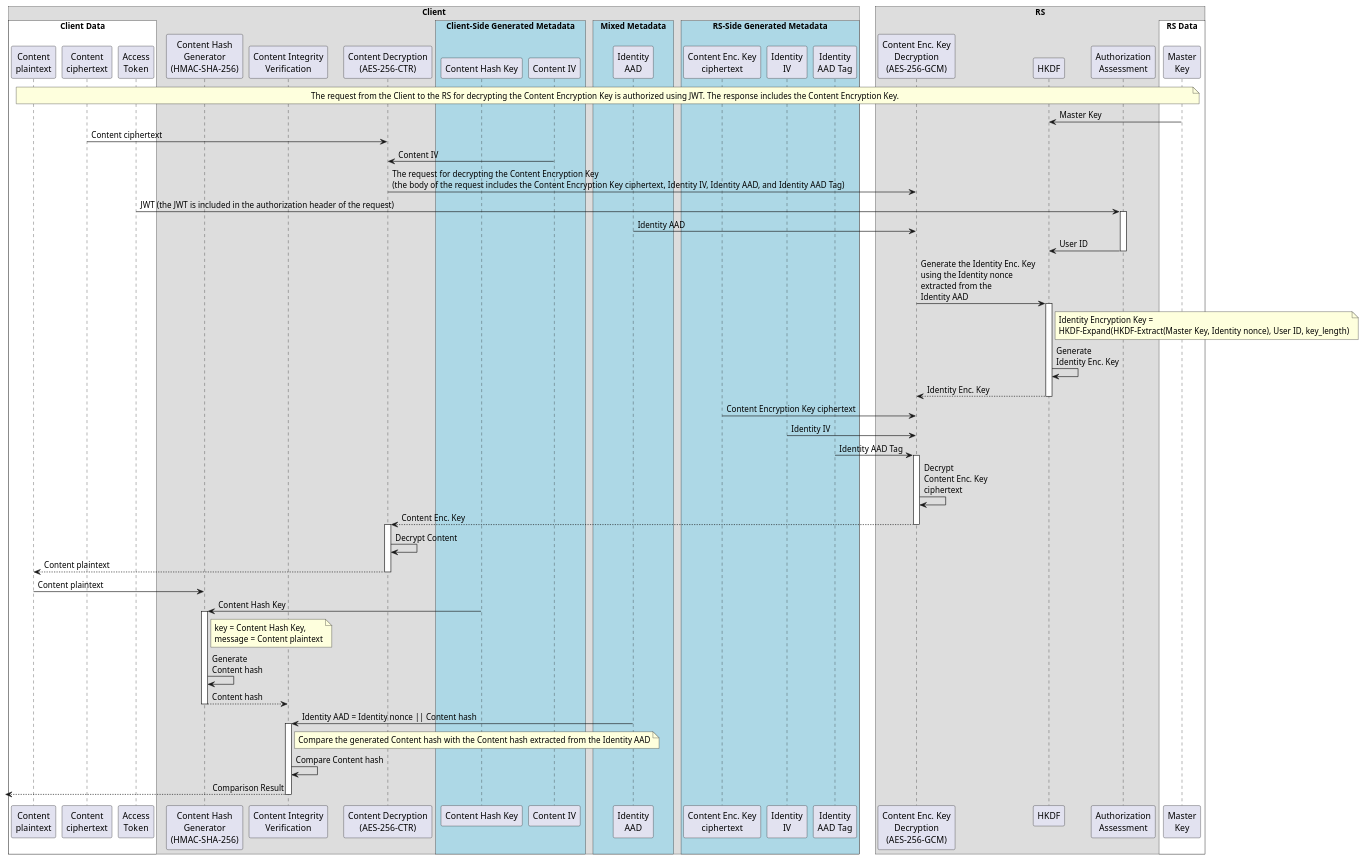
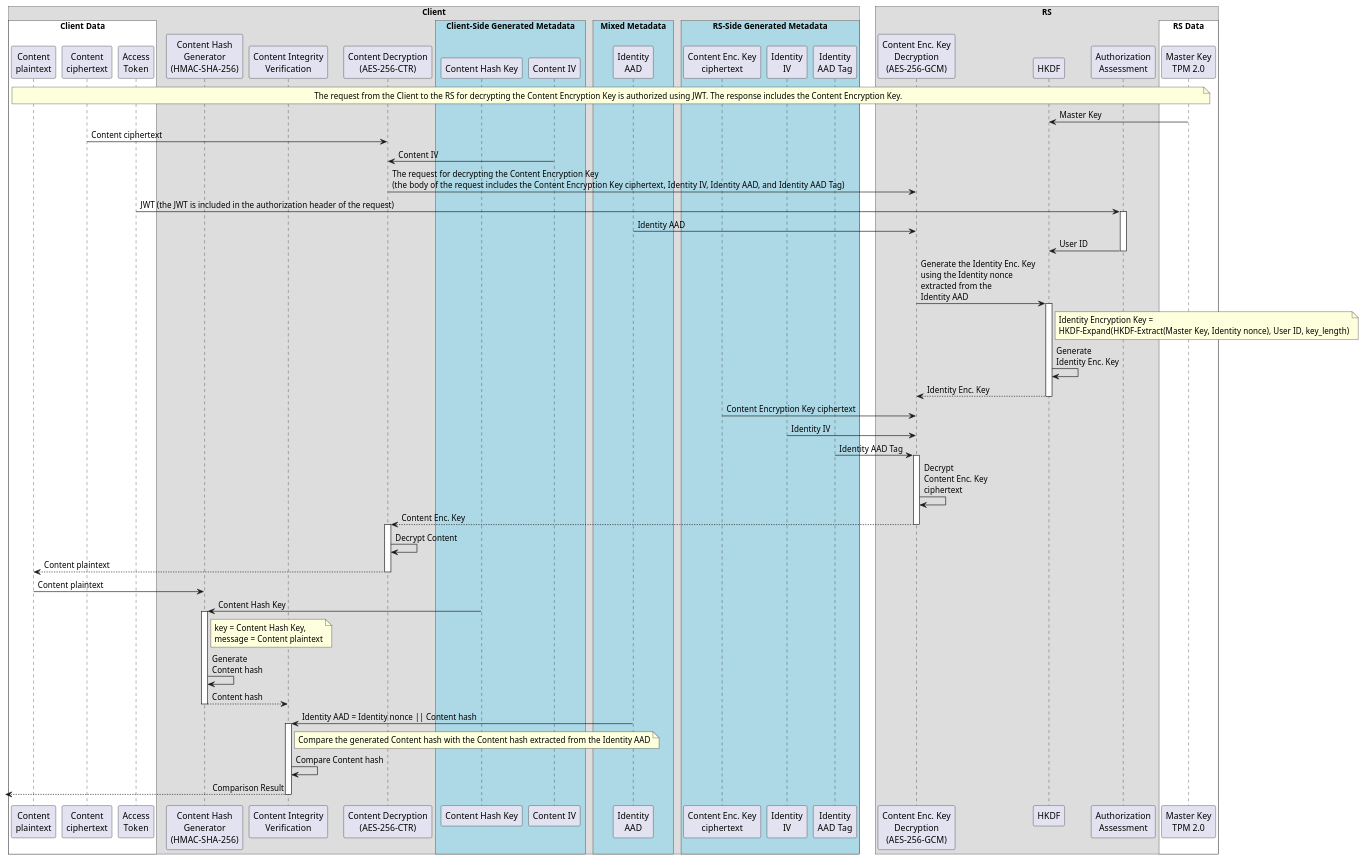
One commit to umalabs/ibe changed the second of 2 diagrams in docs/CRYPTOGRAPHY.md. Above: the diagram before and after it, drawn with PlantUML. The commit also changed other lines of this file and 2 other files, not shown here.

Commit message:
master key

```diff
--- a/docs/CRYPTOGRAPHY.md
+++ b/docs/CRYPTOGRAPHY.md
@@ -216,7 +216,7 @@
 participant "Authorization\nAssessment" as AuthorizationAssessment
 
 ' --- RS Inputs ---
-participant "Master\nKey" as Masterkey
+participant "Master Key\nTPM 2.0" as Masterkey
 
 ' --- RS-Side Generated Metadata ---
 participant "Content Enc. Key\nciphertext" as ContentEncKeyCiphertextMetadata
@@ -259,7 +259,7 @@
     participant AuthorizationAssessment
 
     box "RS Data" #White
-        participant Masterkey as "Master Key"
+        participant Masterkey
     end box
 end box
 
```
